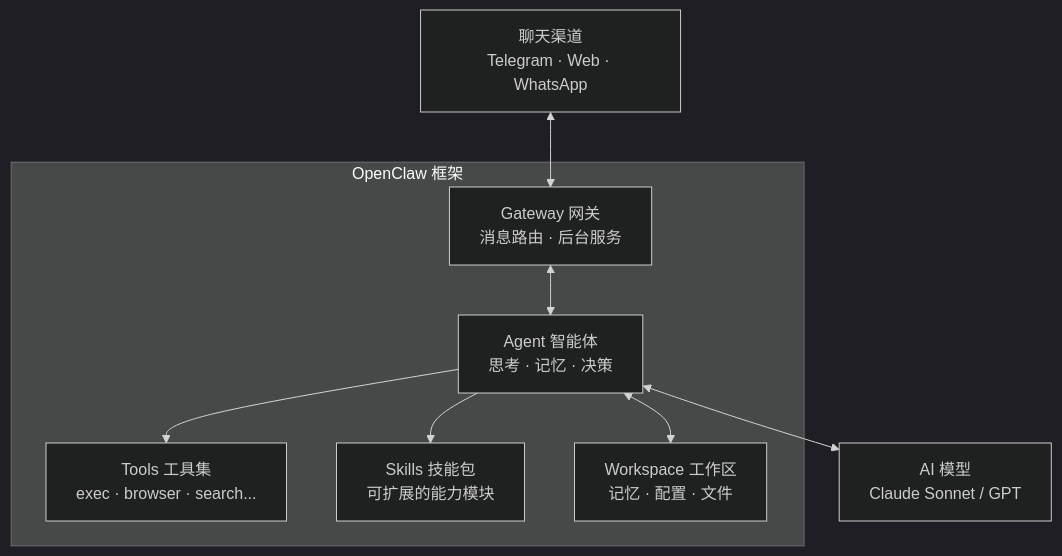
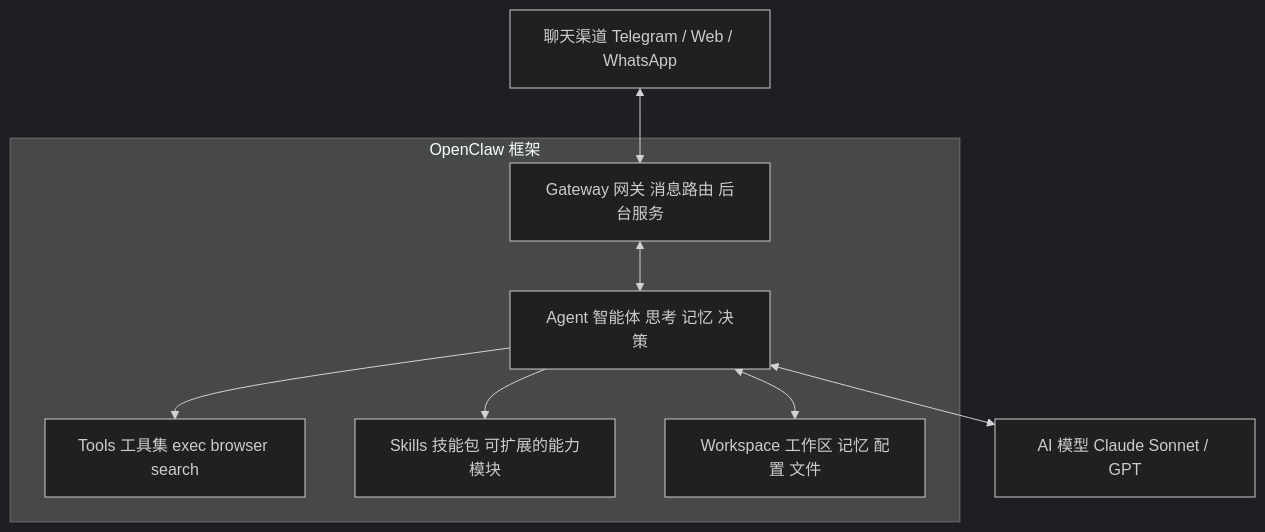
Before and after one commit to ildream/learnAI: the second of 2 diagrams in docs/openclaw/what-is-openclaw.md, drawn with Mermaid (dark theme). The commit also changed other lines of this file and 2 other files, not shown here.

Commit message:
fix: remove all \n from mermaid diagrams

````diff
--- a/docs/openclaw/what-is-openclaw.md
+++ b/docs/openclaw/what-is-openclaw.md
@@ -38,20 +38,20 @@
 ```mermaid
 graph TB
     subgraph OpenClaw 框架
-        A[Gateway 网关\n消息路由 · 后台服务]
-        B[Agent 智能体\n思考 · 记忆 · 决策]
-        C[Tools 工具集\nexec · browser · search...]
-        D[Skills 技能包\n可扩展的能力模块]
-        E[Workspace 工作区\n记忆 · 配置 · 文件]
+        A[Gateway 网关 消息路由 后台服务]
+        B[Agent 智能体 思考 记忆 决策]
+        C[Tools 工具集 exec browser search]
+        D[Skills 技能包 可扩展的能力模块]
+        E[Workspace 工作区 记忆 配置 文件]
     end
 
-    F[AI 模型\nClaude Sonnet / GPT] 
-    G[聊天渠道\nTelegram · Web · WhatsApp]
+    F[AI 模型 Claude Sonnet / GPT]
+    G[聊天渠道 Telegram / Web / WhatsApp]
 
     G <--> A
     A <--> B
     B <--> F
     B --> C
     B --> D
     B <--> E
 ```
````
